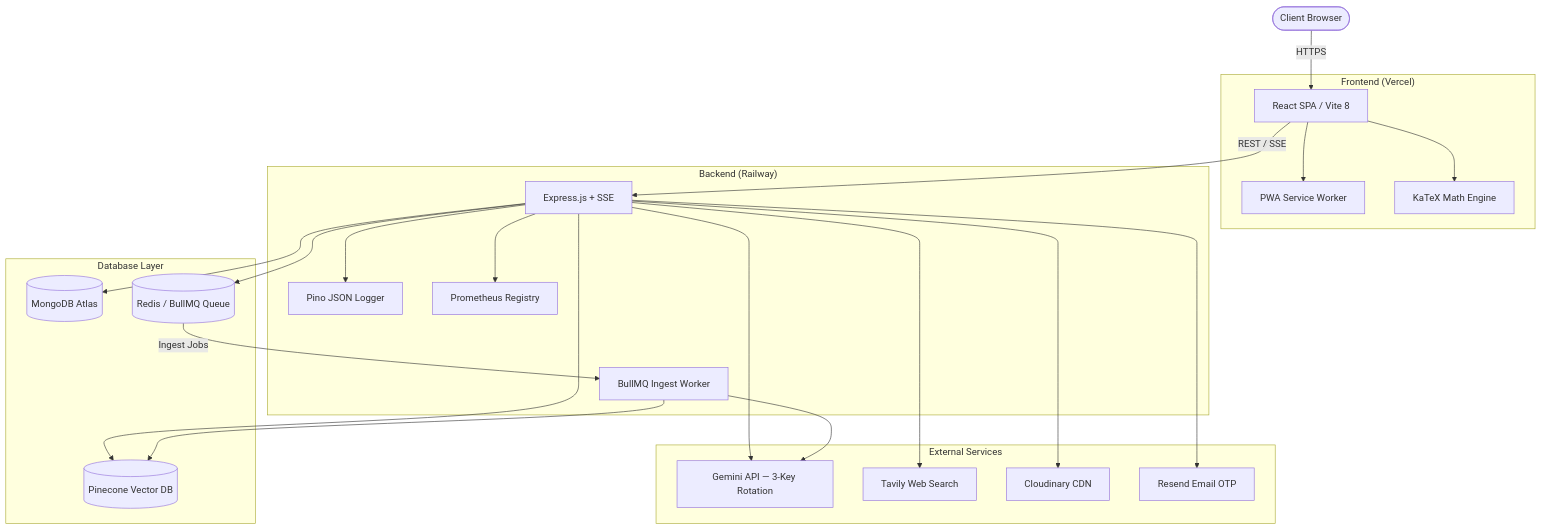
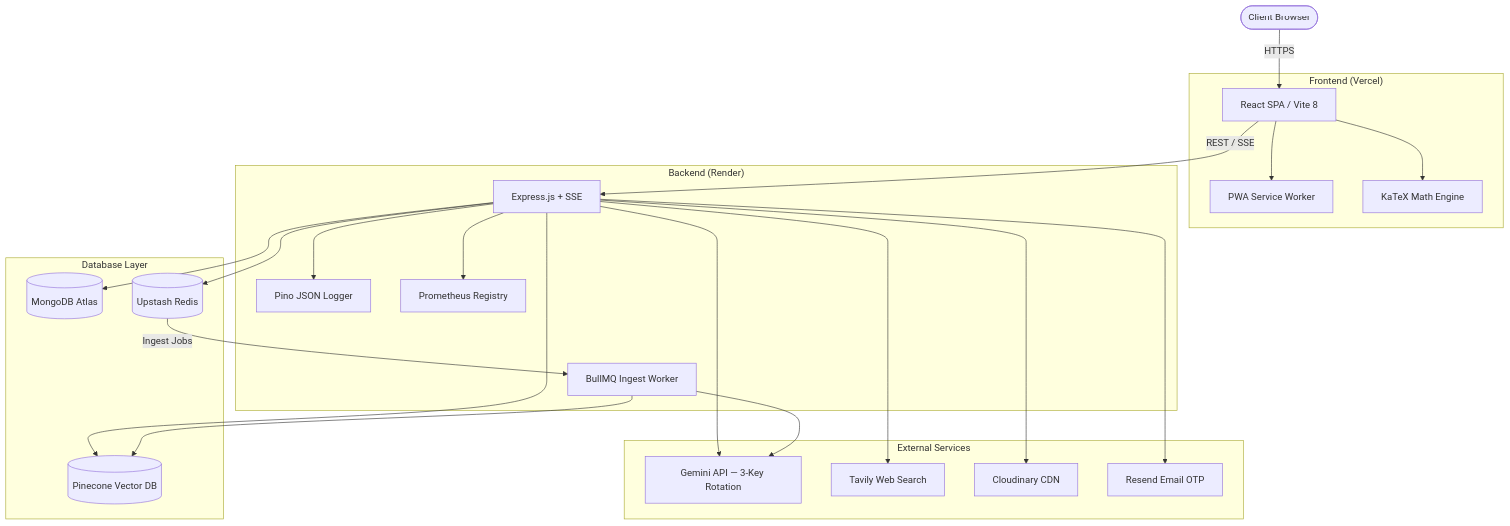
The diagram in README.md (Muhammad-Sajid-Rajput/NovaMind), drawn with Mermaid before and after one commit. The commit also changed other lines of this file and 14 other files, not shown here.

Commit message:
remove Docker support and shift Redis from local container to cloud Upstash Redis dep: remove swagger-ui-express and rollup-plugin-visualizer, delete stats.html & config files docs: update all READMEs to reflect Vercel and Render cloud deployment structures

````diff
--- a/README.md
+++ b/README.md
@@ -17,49 +16,49 @@
 ```mermaid
 graph TD
     User([Client Browser])
 
     subgraph Frontend["Frontend (Vercel)"]
         Vite[React SPA / Vite 8]
         PWA[PWA Service Worker]
         KaTeX[KaTeX Math Engine]
     end
 
-    subgraph Backend["Backend (Railway)"]
+    subgraph Backend["Backend (Render)"]
         Express[Express.js + SSE]
         Pino[Pino JSON Logger]
         Metrics[Prometheus Registry]
         BullMQ[BullMQ Ingest Worker]
     end
 
     subgraph Data["Database Layer"]
         MongoDB[(MongoDB Atlas)]
-        Redis[(Redis / BullMQ Queue)]
+        Redis[(Upstash Redis)]
         Pinecone[(Pinecone Vector DB)]
     end
 
     subgraph External["External Services"]
         Gemini[Gemini API — 3-Key Rotation]
         Tavily[Tavily Web Search]
         Cloudinary[Cloudinary CDN]
         Resend[Resend Email OTP]
     end
 
     User -->|HTTPS| Vite
     Vite --> PWA
     Vite --> KaTeX
     Vite -->|REST / SSE| Express
     Express --> Pino
     Express --> Metrics
 
     Express --> MongoDB
     Express --> Redis
     Express --> Pinecone
     Express --> Cloudinary
     Express --> Gemini
     Express --> Tavily
     Express --> Resend
 
     Redis -->|Ingest Jobs| BullMQ
     BullMQ --> Gemini
     BullMQ --> Pinecone
 ```
````
